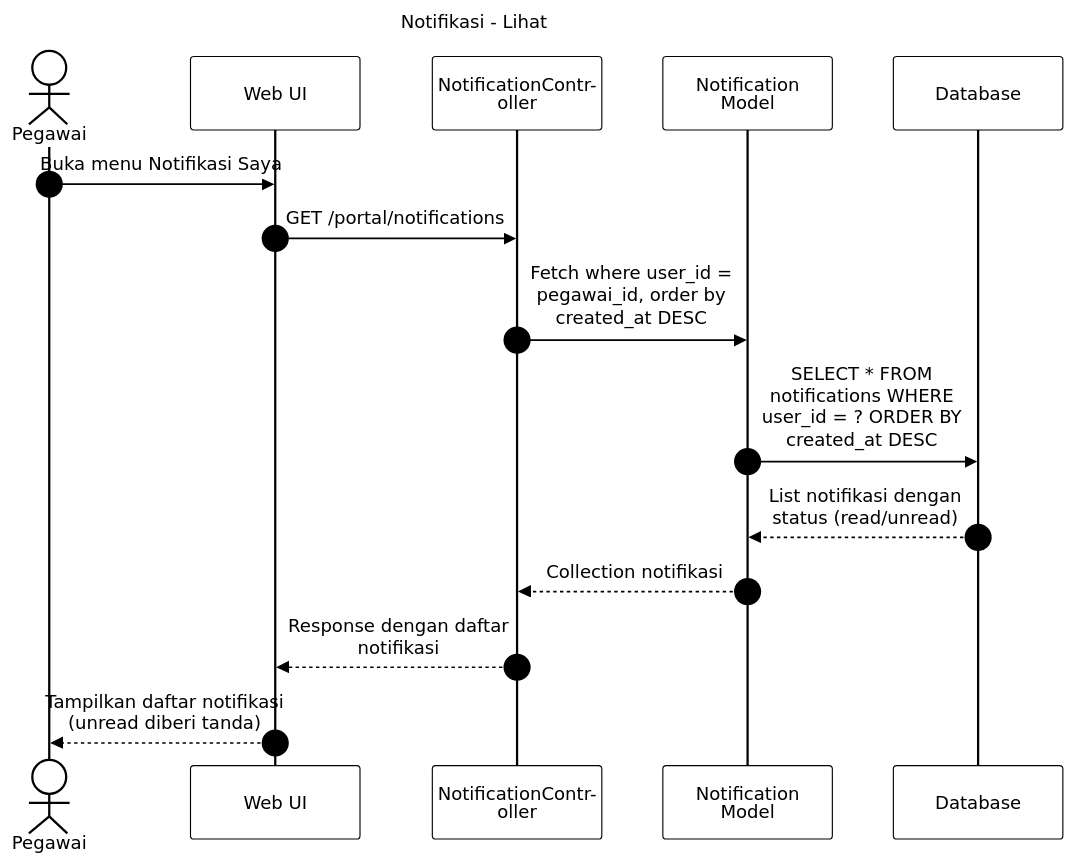
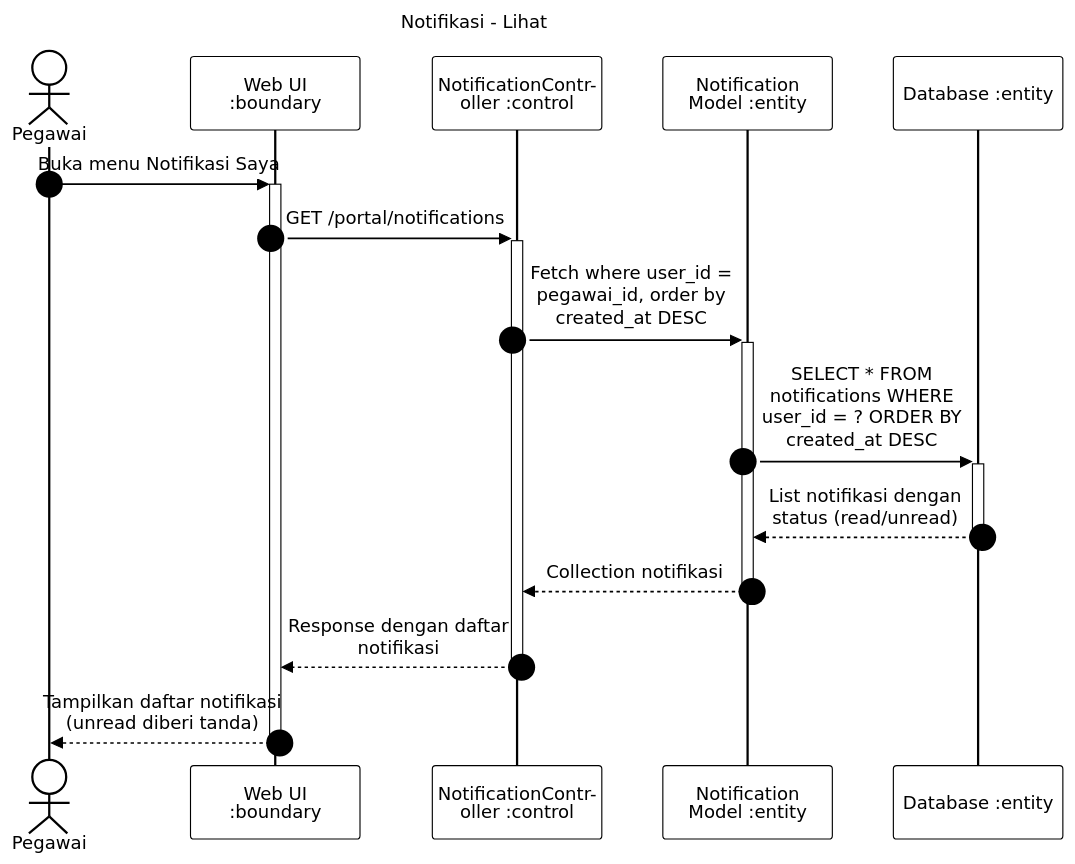
One commit to SulaimanHafi23/SimpegRSHDI changed the diagram in docs/SequenceDiagram/Notifikasi-Lihat.mermaid. Above: the diagram before and after it, drawn with Mermaid. The commit also changed 243 other files, not shown here.

Commit message:
sequence diagram terbaru

```diff
--- a/docs/SequenceDiagram/Notifikasi-Lihat.mermaid
+++ b/docs/SequenceDiagram/Notifikasi-Lihat.mermaid
@@ -1,21 +1,21 @@
 ---
 id: Notifikasi-Lihat
 title: Notifikasi - Lihat
 ---
 %%{init: {"theme": "base", "themeVariables": {"background": "#dddddd", "primaryColor": "#ffffff", "primaryBorderColor": "#000000", "primaryTextColor": "#000000", "lineColor": "#000000", "textColor": "#000000", "actorBkg": "#ffffff", "actorBorder": "#000000", "actorTextColor": "#000000", "activationBkgColor": "#ffffff", "activationBorderColor": "#000000", "signalColor": "#000000", "signalTextColor": "#000000", "labelBoxBkgColor": "#ffffff", "labelBoxBorderColor": "#000000", "labelTextColor": "#000000", "sequenceNumberColor": "#000000", "noteBkgColor": "#ffffff", "noteBorderColor": "#000000", "noteTextColor": "#000000"}, "sequence": {"useMaxWidth": true, "wrap": true, "messageFontSize": 12, "noteFontSize": 12}}}%%
 sequenceDiagram
     autonumber
     actor P as Pegawai
-    participant UI as Web UI
-    participant C as NotificationController
-    participant N as Notification Model
-    participant DB as Database
+    participant UI as Web UI :boundary
+    participant C as NotificationController :control
+    participant N as Notification Model :entity
+    participant DB as Database :entity
 
-    P->>UI: Buka menu Notifikasi Saya
-    UI->>C: GET /portal/notifications
-    C->>N: Fetch where user_id = pegawai_id, order by created_at DESC
-    N->>DB: SELECT * FROM notifications WHERE user_id = ? ORDER BY created_at DESC
-    DB-->>N: List notifikasi dengan status (read/unread)
-    N-->>C: Collection notifikasi
-    C-->>UI: Response dengan daftar notifikasi
-    UI-->>P: Tampilkan daftar notifikasi (unread diberi tanda)
+    P->>+UI: Buka menu Notifikasi Saya
+    UI->>+C: GET /portal/notifications
+    C->>+N: Fetch where user_id = pegawai_id, order by created_at DESC
+    N->>+DB: SELECT * FROM notifications WHERE user_id = ? ORDER BY created_at DESC
+    DB-->>-N: List notifikasi dengan status (read/unread)
+    N-->>-C: Collection notifikasi
+    C-->>-UI: Response dengan daftar notifikasi
+    UI-->>-P: Tampilkan daftar notifikasi (unread diberi tanda)
```
